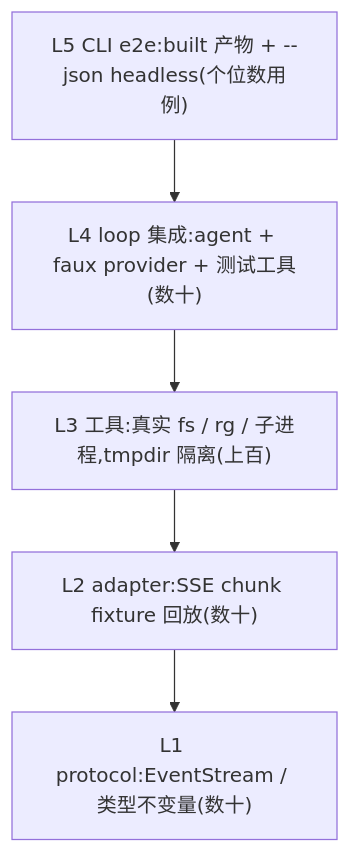
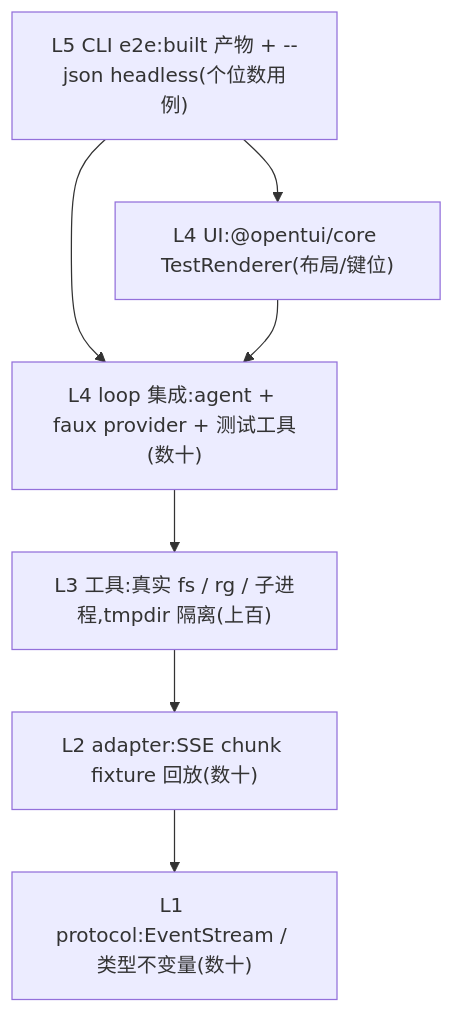
The diagram in docs/10-testing.md (rita152/coda), drawn with Mermaid before and after one commit. The commit also changed other lines of this file and 19 other files, not shown here.

````diff
--- a/docs/10-testing.md
+++ b/docs/10-testing.md
@@ -17,9 +17,12 @@
 ```mermaid
 flowchart TB
   E2E["L5 CLI e2e:built 产物 + --json headless(个位数用例)"]
+  TUI["L4 UI:@opentui/core TestRenderer(布局/键位)"]
   LOOP["L4 loop 集成:agent + faux provider + 测试工具(数十)"]
   TOOLS["L3 工具:真实 fs / rg / 子进程,tmpdir 隔离(上百)"]
   ADPT["L2 adapter:SSE chunk fixture 回放(数十)"]
   PROTO["L1 protocol:EventStream / 类型不变量(数十)"]
-  E2E --> LOOP --> TOOLS --> ADPT --> PROTO
+  E2E --> TUI
+  E2E --> LOOP
+  TUI --> LOOP --> TOOLS --> ADPT --> PROTO
 ```
````
